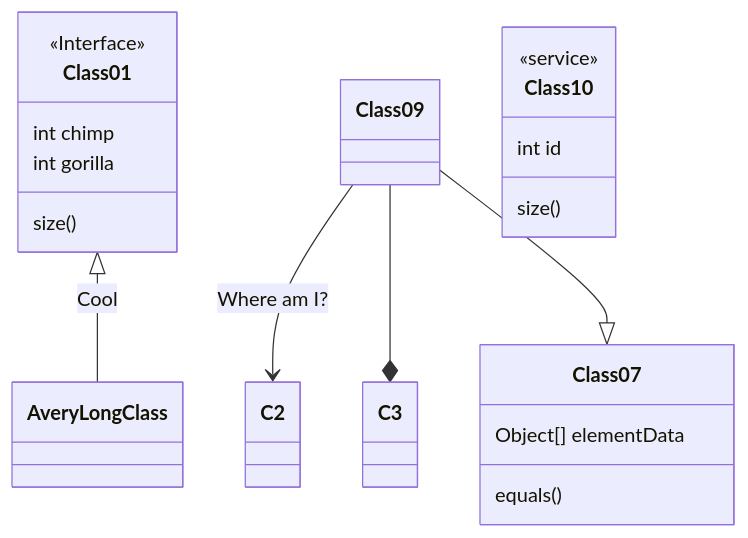
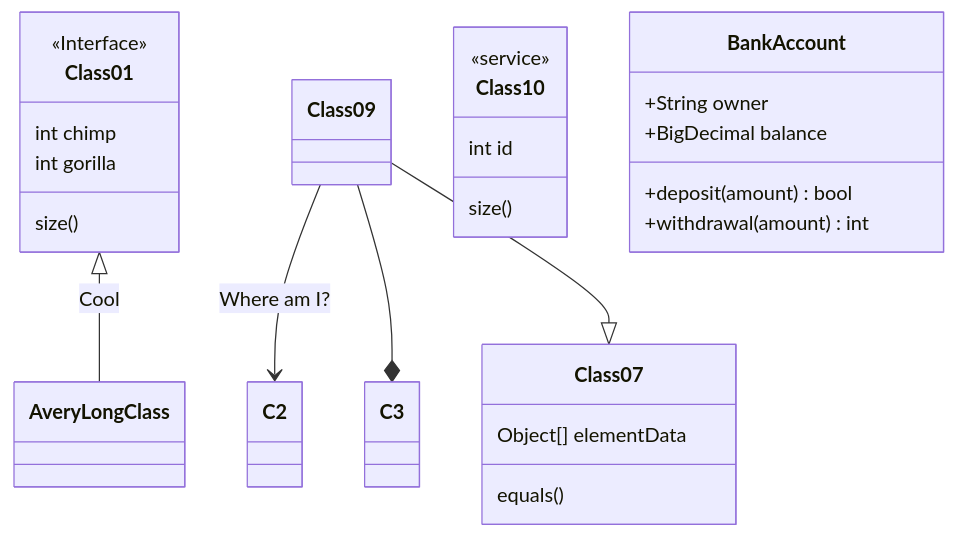
The diagram in dev/codes/README.md (lucashelfs/drifts), drawn with Mermaid before and after one commit.

Commit message:
docs: adding another class

````diff
--- a/dev/codes/README.md
+++ b/dev/codes/README.md
@@ -3,19 +3,26 @@
 ```mermaid
 classDiagram
 Class01 <|-- AveryLongClass : Cool
 <<Interface>> Class01
 Class09 --> C2 : Where am I?
 Class09 --* C3
 Class09 --|> Class07
 Class07 : equals()
 Class07 : Object[] elementData
 Class01 : size()
 Class01 : int chimp
 Class01 : int gorilla
 class Class10 {
   <<service>>
   int id
   size()
 }
 
+class BankAccount{
+    +String owner
+    +BigDecimal balance
+    +deposit(amount) bool
+    +withdrawal(amount) int
+}
+
 ```
````
